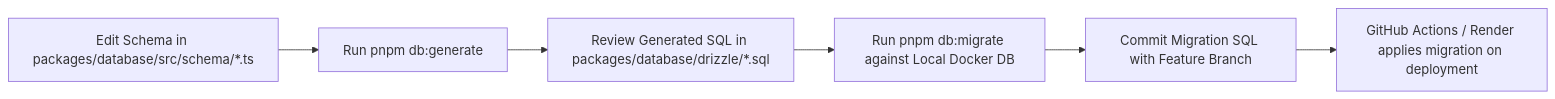
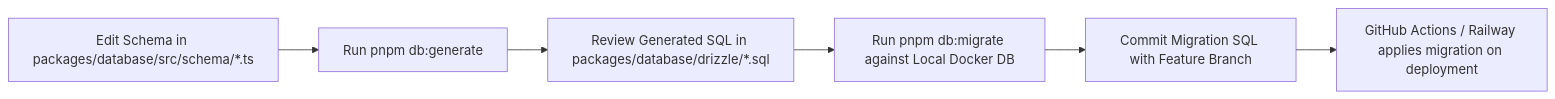
The diagram in docs/database/migrations.md (Hitsanat-Kfl/hitsanat), drawn with Mermaid before and after one commit. The commit also changed other lines of this file and 59 other files, not shown here.

````diff
--- a/docs/database/migrations.md
+++ b/docs/database/migrations.md
@@ -11,11 +11,11 @@
 ```mermaid
 graph LR
     SchemaTS[Edit Schema in packages/database/src/schema/*.ts]
     GenerateSQL[Run pnpm db:generate]
     ReviewSQL[Review Generated SQL in packages/database/drizzle/*.sql]
     ApplyLocal[Run pnpm db:migrate against Local Docker DB]
     CommitGit[Commit Migration SQL with Feature Branch]
-    ApplyProd[GitHub Actions / Render applies migration on deployment]
+    ApplyProd[GitHub Actions / Railway applies migration on deployment]
 
     SchemaTS --> GenerateSQL --> ReviewSQL --> ApplyLocal --> CommitGit --> ApplyProd
 ```
````
